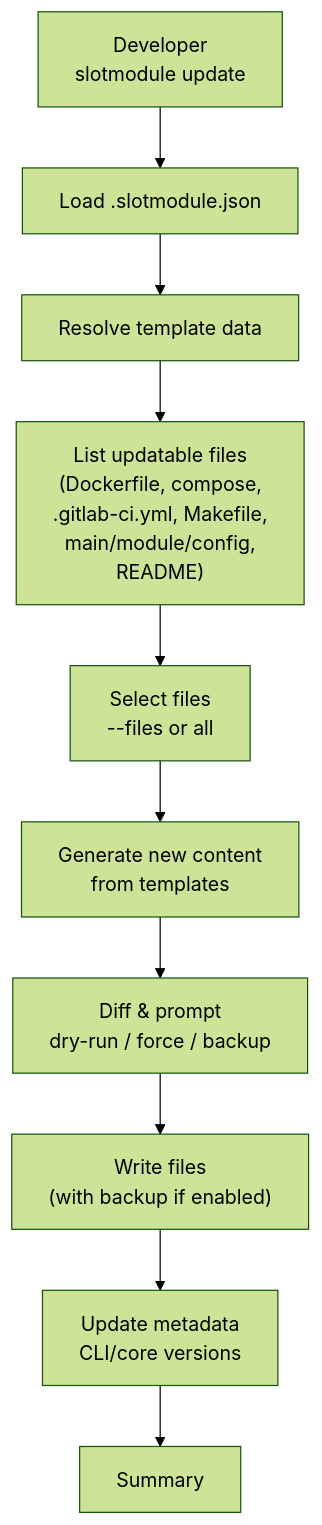
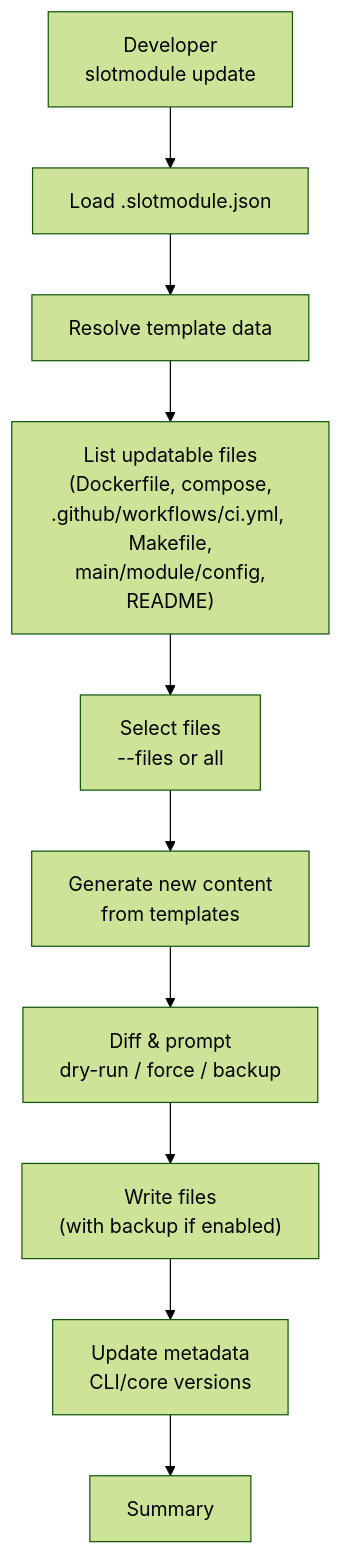
Diagram 14 of 14 in DIAGRAMS.md (Digital-Creators-Team/slot-game-module), drawn with Mermaid (forest theme) before and after one commit. The commit also changed other lines of this file and 26 other files, not shown here.

````diff
--- a/DIAGRAMS.md
+++ b/DIAGRAMS.md
@@ -404,12 +404,12 @@
 ```mermaid
 flowchart TD
     A["Developer<br/>slotmodule update"] --> B["Load .slotmodule.json"]
     B --> C["Resolve template data"]
-    C --> D["List updatable files<br/>(Dockerfile, compose,<br/>.gitlab-ci.yml, Makefile,<br/>main/module/config,<br/>README)"]
+    C --> D["List updatable files<br/>(Dockerfile, compose,<br/>.github/workflows/ci.yml, Makefile,<br/>main/module/config,<br/>README)"]
     D --> E["Select files<br/>--files or all"]
     E --> F["Generate new content<br/>from templates"]
     F --> G["Diff & prompt<br/>dry-run / force / backup"]
     G --> H["Write files<br/>(with backup if enabled)"]
     H --> I["Update metadata<br/>CLI/core versions"]
     I --> J[Summary]
 ```
````
